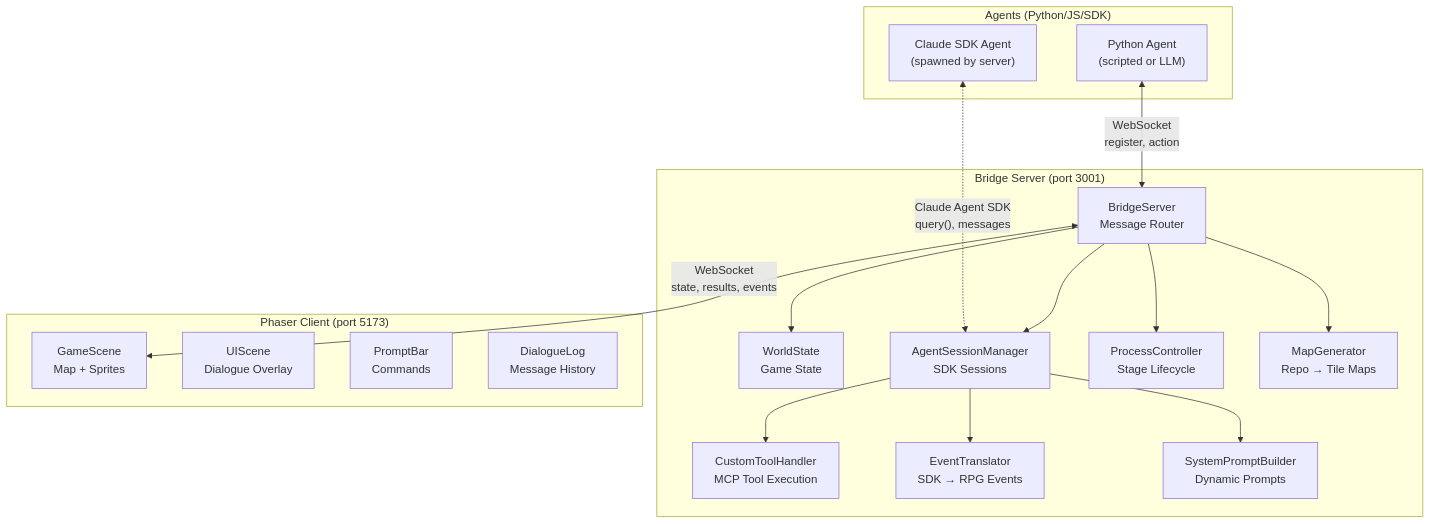
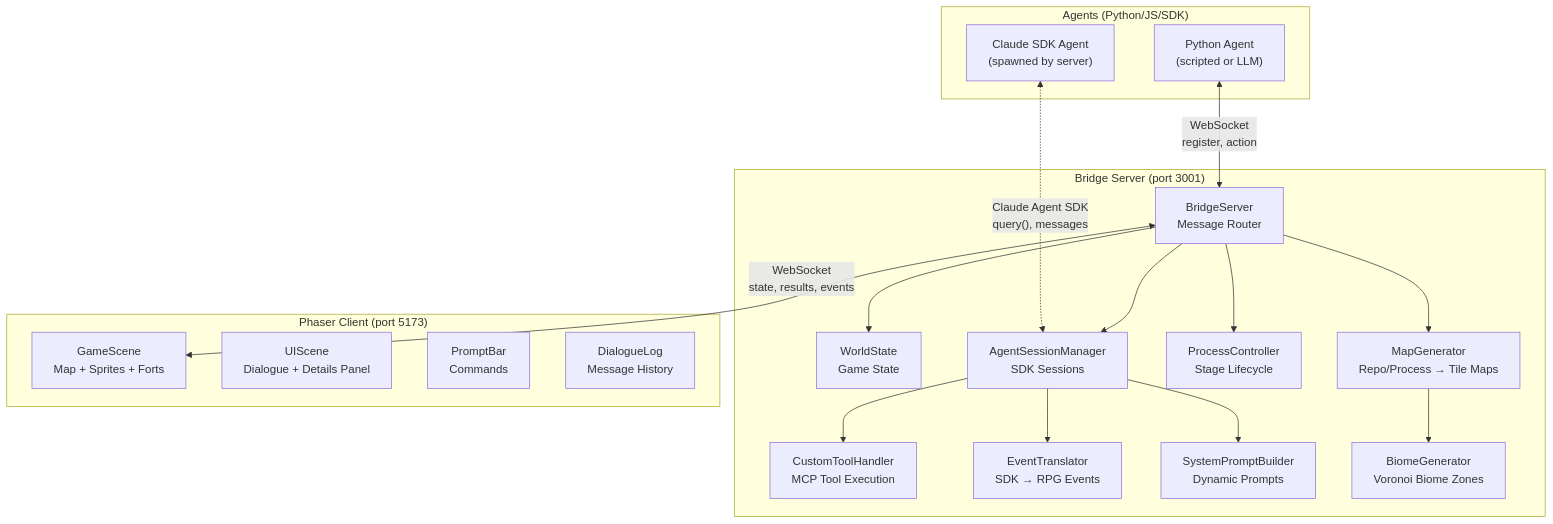
One commit to Human-Agency-Hackathon/AI-Interfaces-Feb-2026 changed the first of 3 diagrams in docs/diagrams/system-overview.md. Above: the diagram before and after it, drawn with Mermaid. The commit also changed other lines of this file and 13 other files, not shown here.

First line of the commit message:
docs: update diagrams to match current codebase

````diff
--- a/docs/diagrams/system-overview.md
+++ b/docs/diagrams/system-overview.md
@@ -7,37 +7,39 @@
 ```mermaid
 graph TD
     subgraph Agents ["Agents (Python/JS/SDK)"]
         A1["Python Agent<br/>(scripted or LLM)"]
         A2["Claude SDK Agent<br/>(spawned by server)"]
     end
 
     subgraph Bridge ["Bridge Server (port 3001)"]
         BS["BridgeServer<br/>Message Router"]
         WS["WorldState<br/>Game State"]
         ASM["AgentSessionManager<br/>SDK Sessions"]
         PC["ProcessController<br/>Stage Lifecycle"]
         CTH["CustomToolHandler<br/>MCP Tool Execution"]
         ET["EventTranslator<br/>SDK → RPG Events"]
         SPB["SystemPromptBuilder<br/>Dynamic Prompts"]
-        MG["MapGenerator<br/>Repo → Tile Maps"]
+        MG["MapGenerator<br/>Repo/Process → Tile Maps"]
+        BG["BiomeGenerator<br/>Voronoi Biome Zones"]
     end
 
     subgraph Client ["Phaser Client (port 5173)"]
-        GS["GameScene<br/>Map + Sprites"]
-        UI["UIScene<br/>Dialogue Overlay"]
+        GS["GameScene<br/>Map + Sprites + Forts"]
+        UI["UIScene<br/>Dialogue + Details Panel"]
         PB["PromptBar<br/>Commands"]
         DL["DialogueLog<br/>Message History"]
     end
 
     A1 <-->|"WebSocket<br/>register, action"| BS
     A2 <-.->|"Claude Agent SDK<br/>query(), messages"| ASM
     BS <-->|"WebSocket<br/>state, results, events"| GS
 
     BS --> WS
     BS --> ASM
     BS --> PC
     ASM --> CTH
     ASM --> ET
     ASM --> SPB
     BS --> MG
+    MG --> BG
 ```
````
